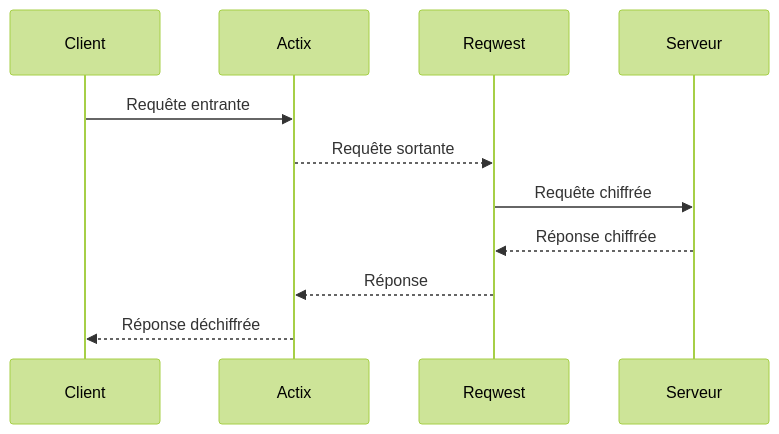
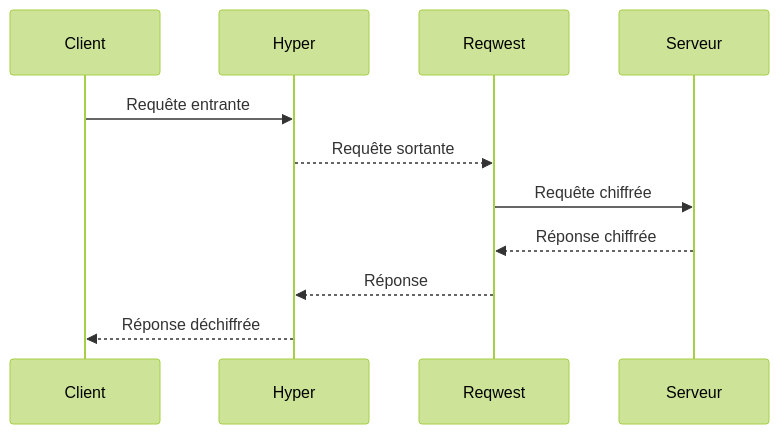
The first of 4 diagrams in Readme.md (maxlestage/brocolis), drawn with Mermaid (forest theme) before and after one commit. The commit also changed other lines of this file and 1 other file, not shown here.

First line of the commit message:
docs: corrige le Readme (stack hyper, support 3 OS, interop)

````diff
--- a/Readme.md
+++ b/Readme.md
@@ -38,14 +44,14 @@
 ```mermaid
 sequenceDiagram
 Participant Client
-Participant Actix 
+Participant Hyper
 Participant Reqwest
 Participant Serveur
 
-Client ->> Actix: Requête entrante
-Actix -->> Reqwest: Requête sortante  
+Client ->> Hyper: Requête entrante
+Hyper -->> Reqwest: Requête sortante
 Reqwest ->> Serveur: Requête chiffrée
 Serveur -->> Reqwest: Réponse chiffrée
-Reqwest -->> Actix: Réponse 
-Actix -->> Client: Réponse déchiffrée
+Reqwest -->> Hyper: Réponse
+Hyper -->> Client: Réponse déchiffrée
 ```
````
